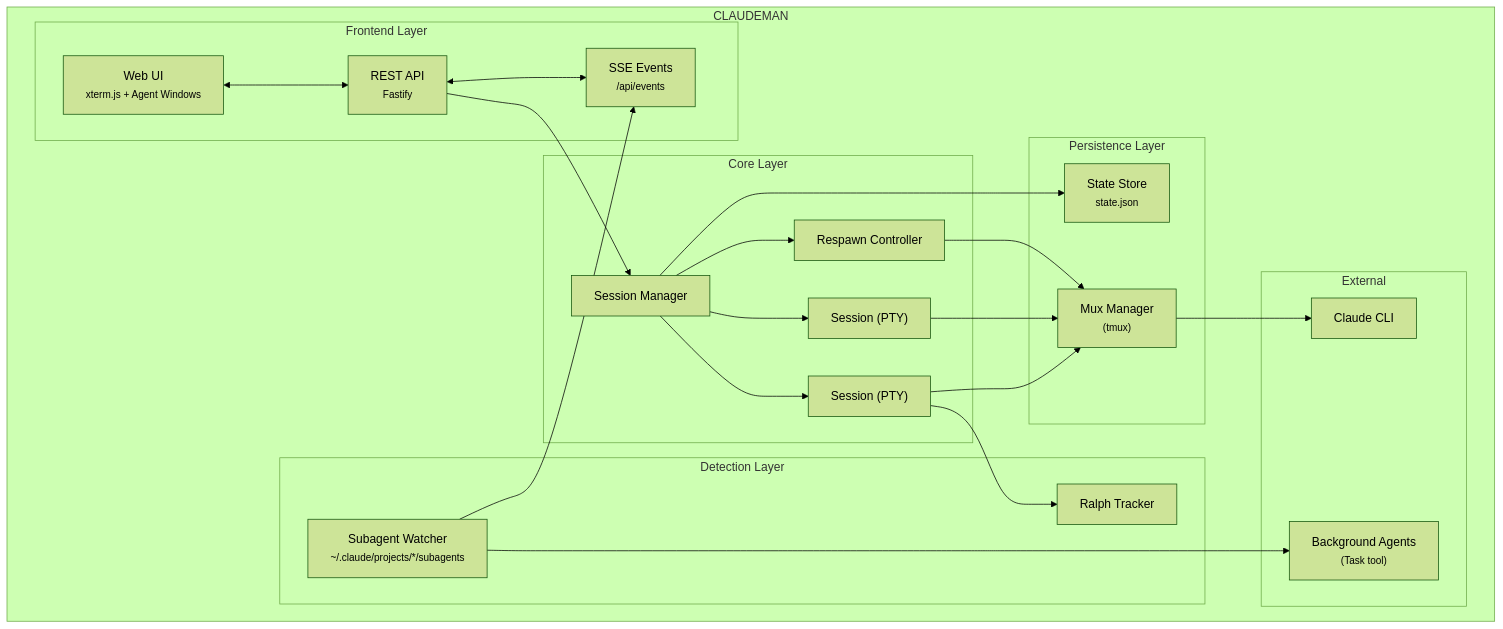
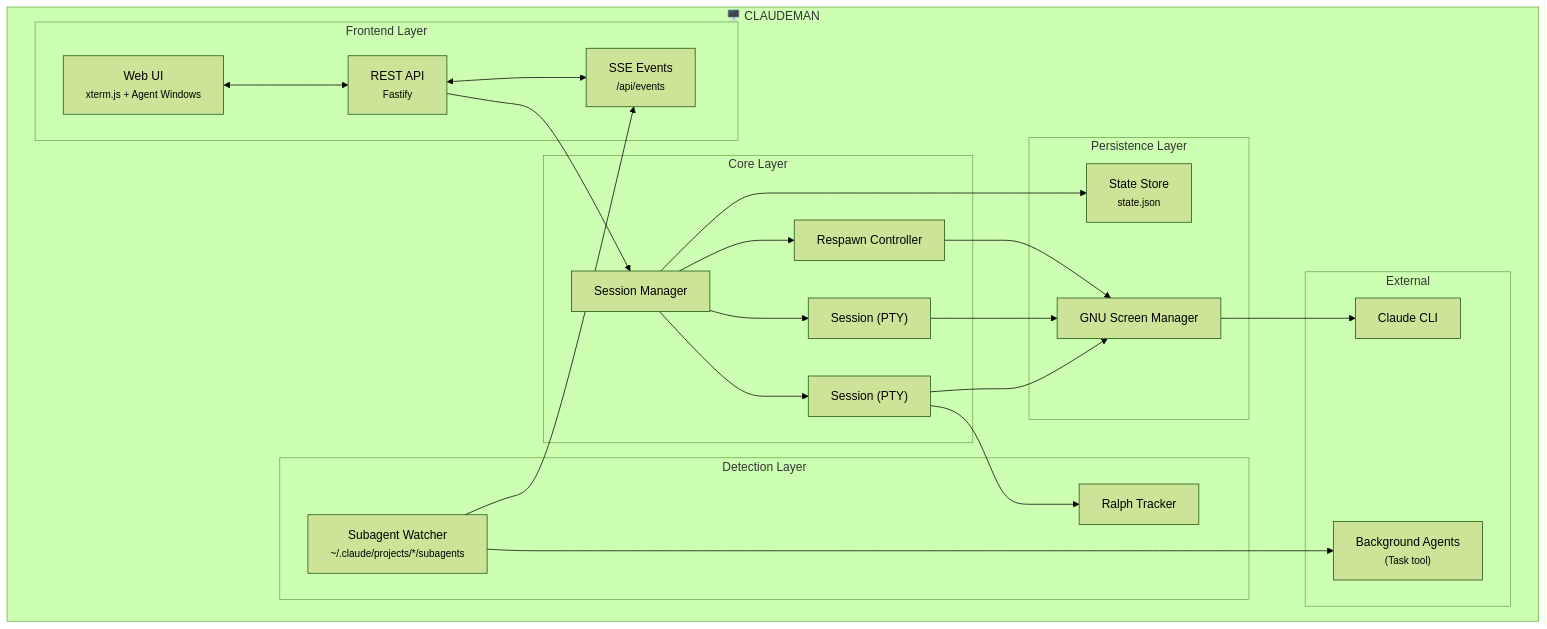
Before and after one commit to Ark0N/Claudeman: the diagram in README.md, drawn with Mermaid (forest theme). The commit also changed other lines of this file and 13 other files, not shown here.

````diff
--- a/README.md
+++ b/README.md
@@ -266,47 +337,47 @@
 ```mermaid
 flowchart TB
-    subgraph Claudeman["CLAUDEMAN"]
+    subgraph Claudeman["🖥️ CLAUDEMAN"]
         subgraph Frontend["Frontend Layer"]
             UI["Web UI<br/><small>xterm.js + Agent Windows</small>"]
             API["REST API<br/><small>Fastify</small>"]
             SSE["SSE Events<br/><small>/api/events</small>"]
         end
 
         subgraph Core["Core Layer"]
             SM["Session Manager"]
             S1["Session (PTY)"]
             S2["Session (PTY)"]
             RC["Respawn Controller"]
         end
 
         subgraph Detection["Detection Layer"]
             RT["Ralph Tracker"]
             SW["Subagent Watcher<br/><small>~/.claude/projects/*/subagents</small>"]
         end
 
         subgraph Persistence["Persistence Layer"]
-            SCR["Mux Manager<br/><small>(tmux)</small>"]
+            SCR["GNU Screen Manager"]
             SS["State Store<br/><small>state.json</small>"]
         end
 
         subgraph External["External"]
             CLI["Claude CLI"]
             BG["Background Agents<br/><small>(Task tool)</small>"]
         end
     end
 
     UI <--> API
     API <--> SSE
     API --> SM
     SM --> S1
     SM --> S2
     SM --> RC
     SM --> SS
     S1 --> RT
     S1 --> SCR
     S2 --> SCR
     RC --> SCR
     SCR --> CLI
     SW --> BG
     SW --> SSE
 ```
````
